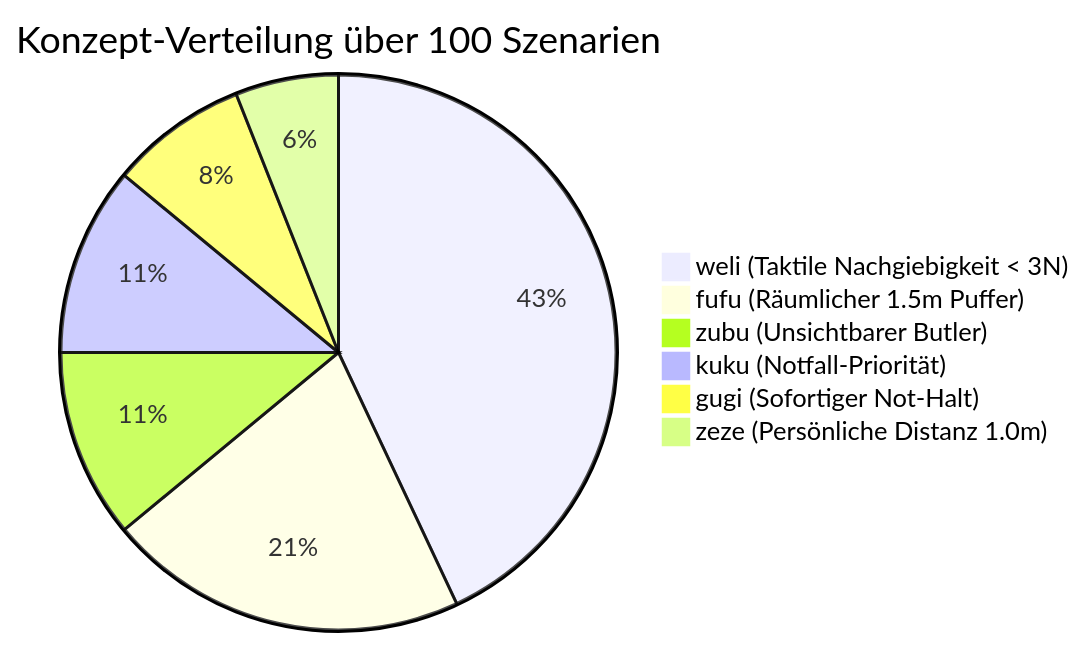
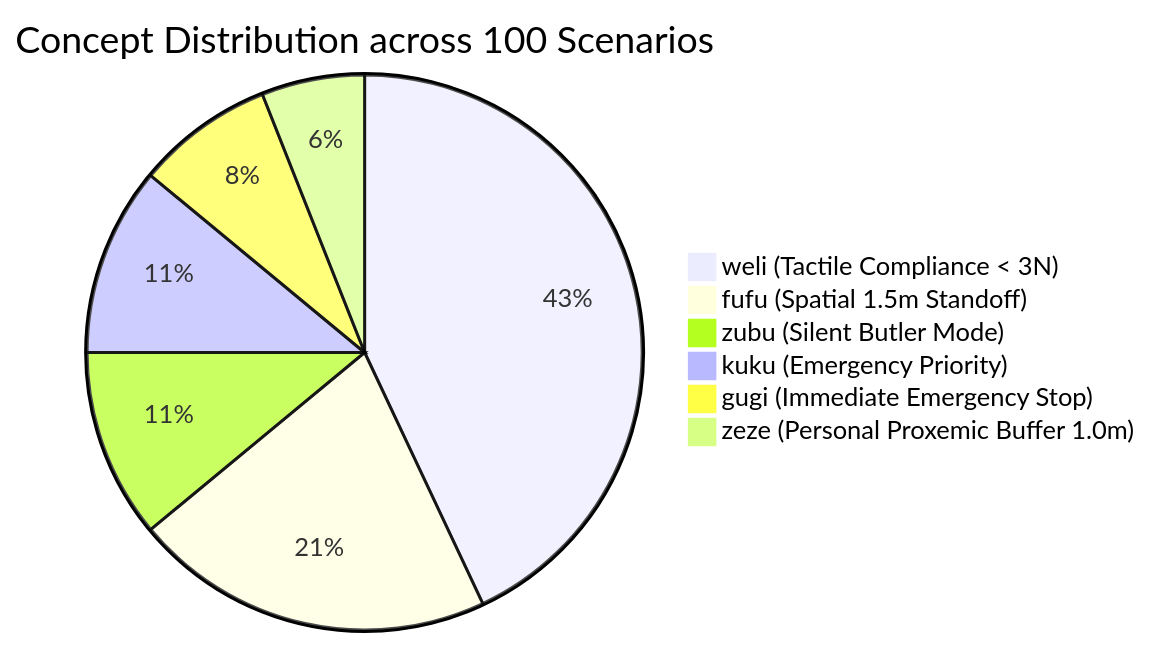
One commit to CodiBasti/LingualCompositeLearning changed the diagram in dev/data/benchmarks/BENCHMARK_V2_SPEC.md. Above: the diagram before and after it, drawn with Mermaid. The commit also changed other lines of this file and 46 other files, not shown here.

````diff
--- a/dev/data/benchmarks/BENCHMARK_V2_SPEC.md
+++ b/dev/data/benchmarks/BENCHMARK_V2_SPEC.md
@@ -33,9 +33,9 @@
 ```mermaid
-pie title Konzept-Verteilung über 100 Szenarien
-    "weli (Taktile Nachgiebigkeit < 3N)" : 43
-    "fufu (Räumlicher 1.5m Puffer)" : 21
-    "zubu (Unsichtbarer Butler)" : 11
-    "kuku (Notfall-Priorität)" : 11
-    "gugi (Sofortiger Not-Halt)" : 8
-    "zeze (Persönliche Distanz 1.0m)" : 6
+pie title Concept Distribution across 100 Scenarios
+    "weli (Tactile Compliance < 3N)" : 43
+    "fufu (Spatial 1.5m Standoff)" : 21
+    "zubu (Silent Butler Mode)" : 11
+    "kuku (Emergency Priority)" : 11
+    "gugi (Immediate Emergency Stop)" : 8
+    "zeze (Personal Proxemic Buffer 1.0m)" : 6
 ```
````
